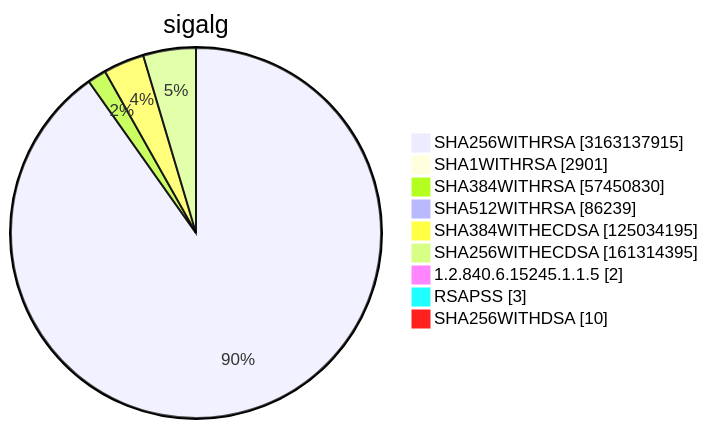
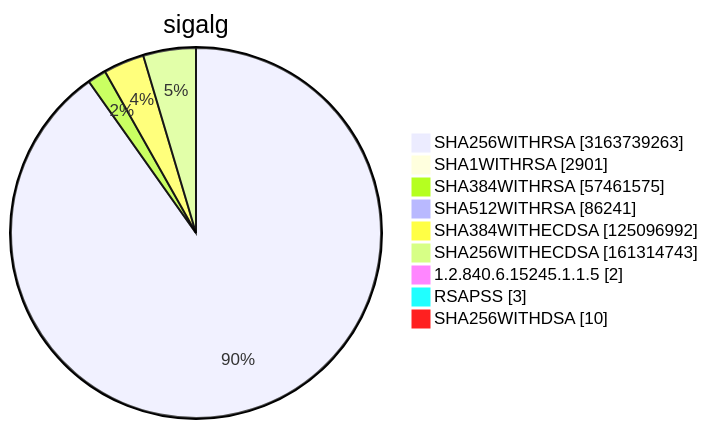
Before and after one commit to christiankrug/ctmonitor_visualization: diagram 15 of 15 in TOTAL/README.md, drawn with Mermaid. The commit also changed other lines of this file, not shown here.

````diff
--- a/TOTAL/README.md
+++ b/TOTAL/README.md
@@ -6215,13 +6215,13 @@
 ```mermaid
 pie showData
 title sigalg
-"SHA256WITHRSA" :3163137915
+"SHA256WITHRSA" :3163739263
 "SHA1WITHRSA" :2901
-"SHA384WITHRSA" :57450830
-"SHA512WITHRSA" :86239
-"SHA384WITHECDSA" :125034195
-"SHA256WITHECDSA" :161314395
+"SHA384WITHRSA" :57461575
+"SHA512WITHRSA" :86241
+"SHA384WITHECDSA" :125096992
+"SHA256WITHECDSA" :161314743
 "1.2.840.6.15245.1.1.5" :2
 "RSAPSS" :3
 "SHA256WITHDSA" :10
 ```
````
